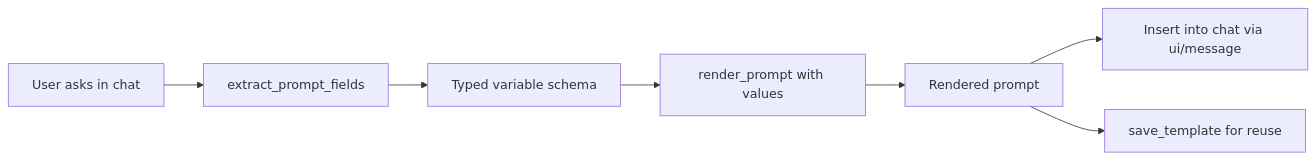
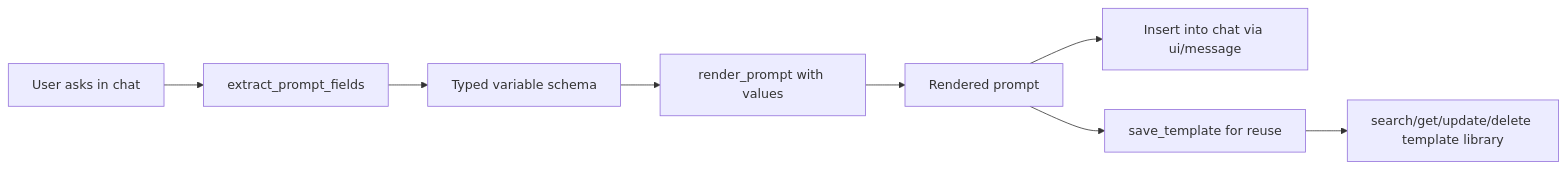
Before and after one commit to daniel-p-green/promptfill: the diagram in README.md, drawn with Mermaid. The commit also changed other lines of this file and 12 other files, not shown here.

````diff
--- a/README.md
+++ b/README.md
@@ -75,9 +76,10 @@
 ```mermaid
 flowchart LR
   A["User asks in chat"] --> B["extract_prompt_fields"]
   B --> C["Typed variable schema"]
   C --> D["render_prompt with values"]
   D --> E["Rendered prompt"]
   E --> F["Insert into chat via ui/message"]
   E --> G["save_template for reuse"]
+  G --> H["search/get/update/delete template library"]
 ```
````
